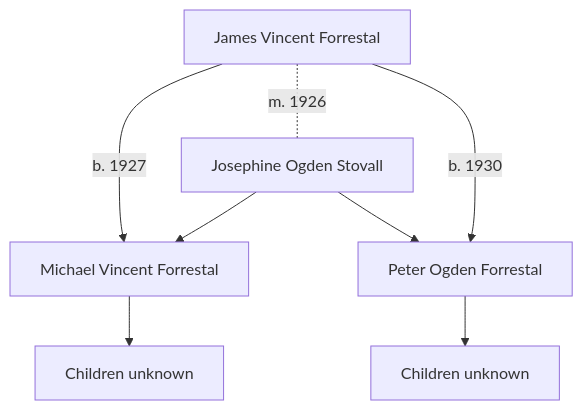
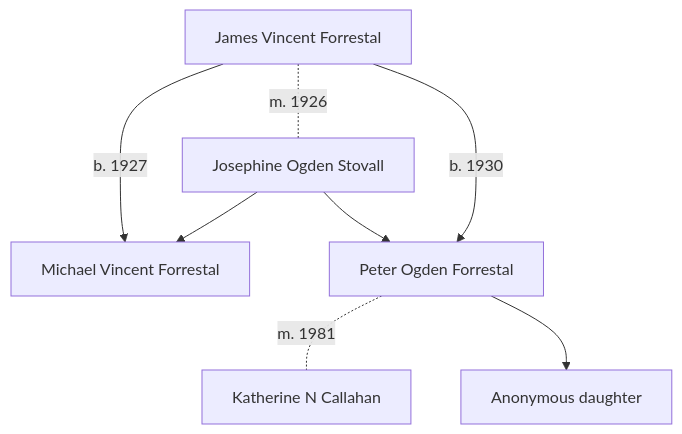
The diagram in docs/people/forrestal_james.md (Black-Star-Institute/blackstar.github.io), drawn with Mermaid before and after one commit.

Commit message:
Peter Ogden Forrestal married Katherine Callahan
New Jersey, U.S., Marriage Index, 1901-2016 for Peter O Forrestal

````diff
--- a/docs/people/forrestal_james.md
+++ b/docs/people/forrestal_james.md
@@ -13,10 +13,10 @@
 ```mermaid
 graph TD;
   james[James Vincent Forrestal] -- "b. 1927" --> michael[Michael Vincent Forrestal]
   james -. "m. 1926" .- josephine
   josephine[ Josephine Ogden Stovall] --> michael
   james -- "b. 1930" --> peter[Peter Ogden Forrestal]
   josephine --> peter
-  michael --> anon1[Children unknown]
-  peter --> anon2[Children unknown]
+  peter -. "m. 1981" .- kath[Katherine N Callahan]
+  peter --> anon2[Anonymous daughter]
 ```
````
